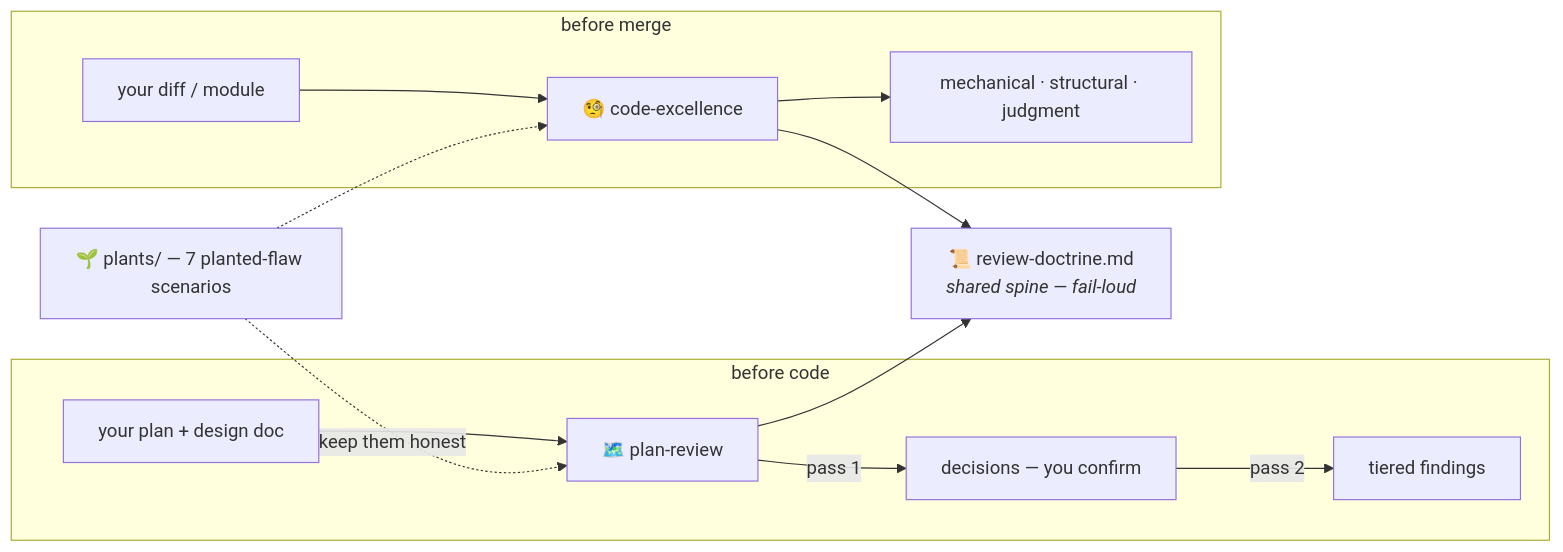
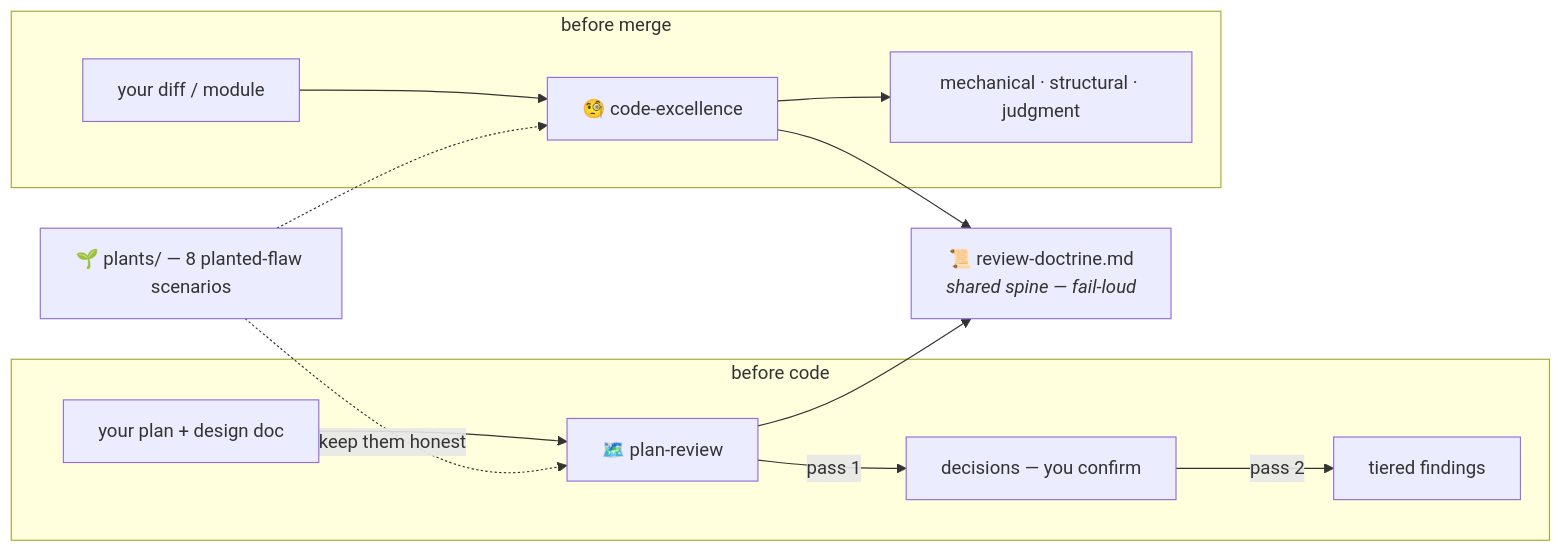
Before and after one commit to mahmoudmoe84/review-toolkit: the diagram in README.md, drawn with Mermaid. The commit also changed other lines of this file and 6 other files, not shown here.

````diff
--- a/README.md
+++ b/README.md
@@ -34,20 +34,20 @@
 ```mermaid
 flowchart LR
     D[📜 review-doctrine.md<br/><i>shared spine — fail-loud</i>]
     P[🗺️ plan-review] --> D
     C[🧐 code-excellence] --> D
 
     subgraph before code
         PLAN[your plan + design doc] --> P
         P -->|pass 1| DEC[decisions — you confirm]
         DEC -->|pass 2| F1[tiered findings]
     end
 
     subgraph before merge
         DIFF[your diff / module] --> C
         C --> F2[mechanical · structural · judgment]
     end
 
-    PL[🌱 plants/ — 7 planted-flaw scenarios] -.->|keep them honest| P
+    PL[🌱 plants/ — 8 planted-flaw scenarios] -.->|keep them honest| P
     PL -.-> C
 ```
````
